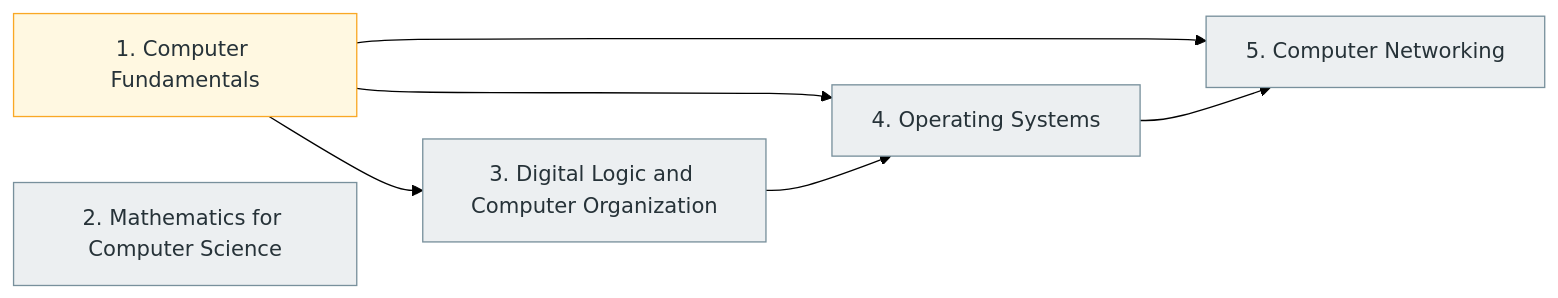
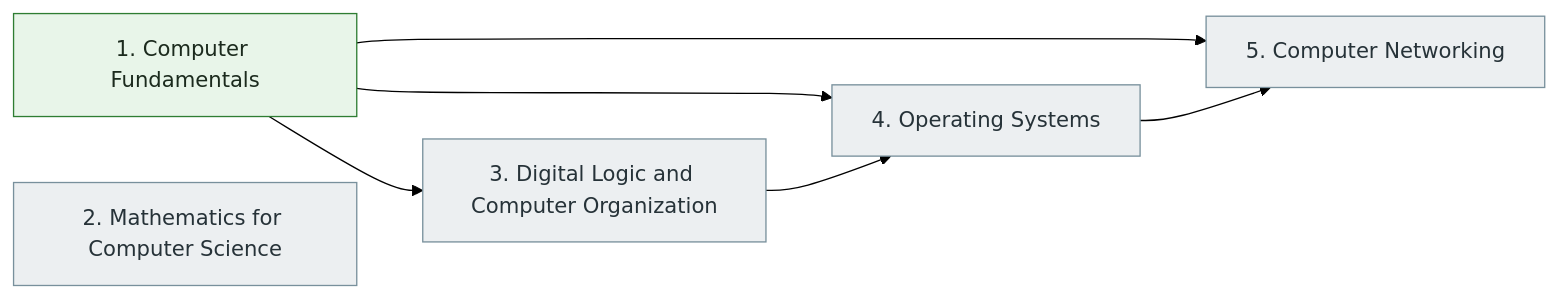
The diagram in docs/01-computer-science-foundations/index.md (Sumit6258/Software-Engineer), drawn with Mermaid (forest theme) before and after one commit. The commit also changed other lines of this file and 17 other files, not shown here.

````diff
--- a/docs/01-computer-science-foundations/index.md
+++ b/docs/01-computer-science-foundations/index.md
@@ -31,21 +31,21 @@
 ```mermaid
 flowchart LR
     S1["1. Computer Fundamentals"]
     S2["2. Mathematics for Computer Science"]
     S3["3. Digital Logic and Computer Organization"]
     S4["4. Operating Systems"]
     S5["5. Computer Networking"]
     S1 --> S3
     S1 --> S4
     S3 --> S4
     S1 --> S5
     S4 --> S5
     classDef ns fill:#eceff1,stroke:#78909c,color:#263238;
     classDef ip fill:#fff8e1,stroke:#f9a825,color:#263238;
     classDef dr fill:#e8f5e9,stroke:#2e7d32,color:#1b2a1d;
-    class S1 ip;
+    class S1 dr;
     class S2 ns;
     class S3 ns;
     class S4 ns;
     class S5 ns;
 ```
````
